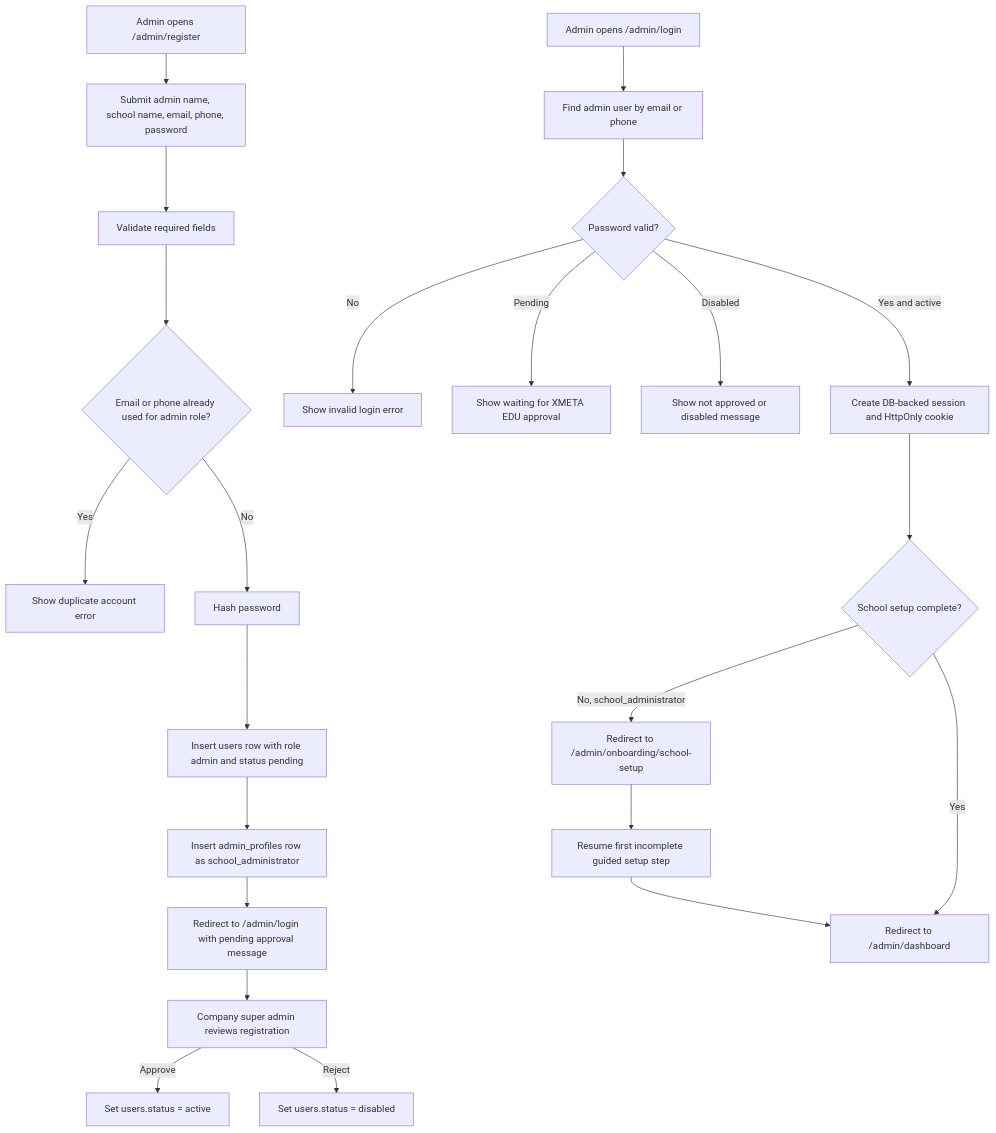
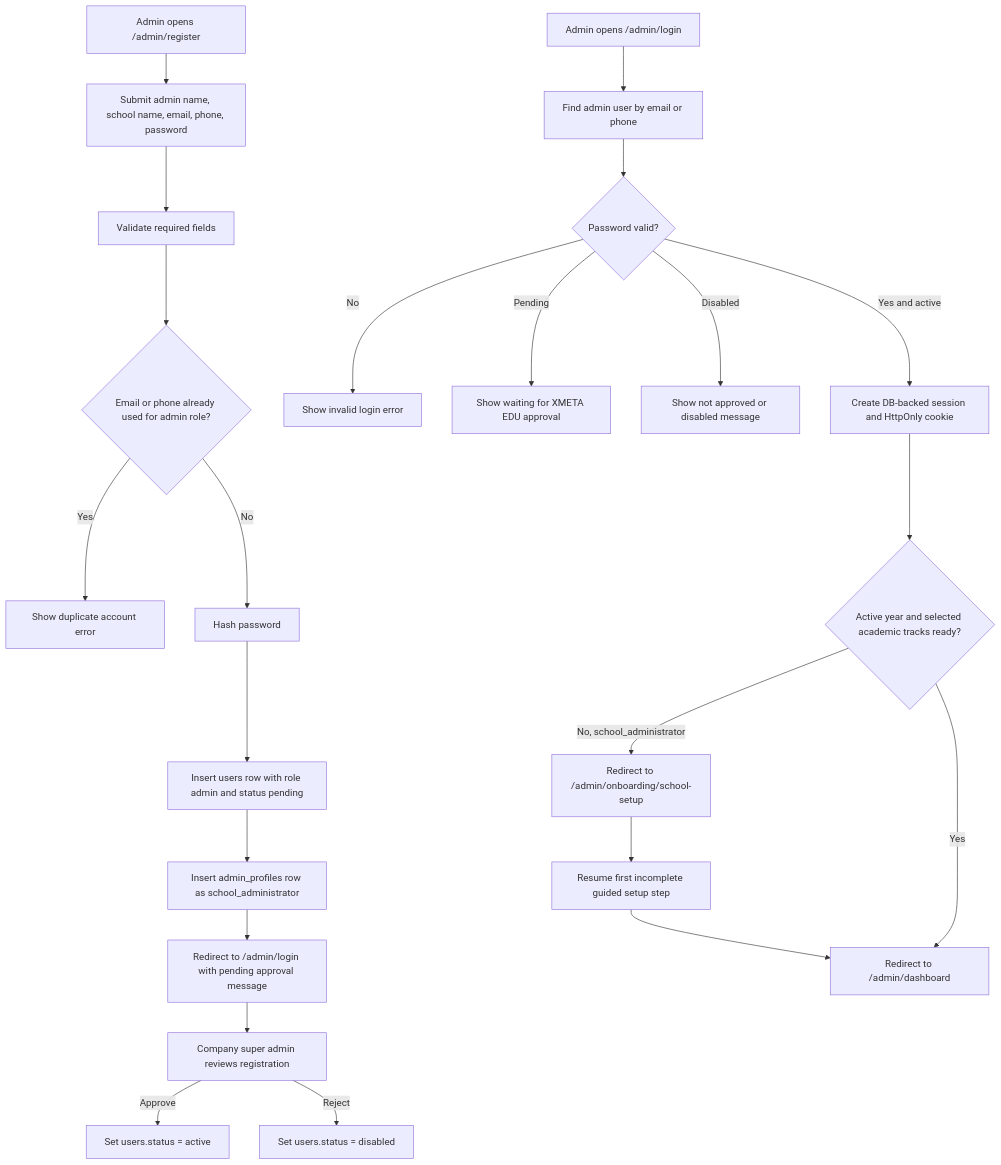
One commit to Xeyn19/xmetapay changed the fifth of 25 diagrams in docs/PROJECT_FLOWCHARTS.md. Above: the diagram before and after it, drawn with Mermaid. The commit also changed other lines of this file and 9 other files, not shown here.

````diff
--- a/docs/PROJECT_FLOWCHARTS.md
+++ b/docs/PROJECT_FLOWCHARTS.md
@@ -202,26 +202,26 @@
 ```mermaid
 flowchart TD
   A["Admin opens /admin/register"] --> B["Submit admin name, school name, email, phone, password"]
   B --> C["Validate required fields"]
   C --> D{"Email or phone already used for admin role?"}
   D -->|Yes| E["Show duplicate account error"]
   D -->|No| F["Hash password"]
   F --> G["Insert users row with role admin and status pending"]
   G --> H["Insert admin_profiles row as school_administrator"]
   H --> I["Redirect to /admin/login with pending approval message"]
   I --> J["Company super admin reviews registration"]
   J -->|Approve| K["Set users.status = active"]
   J -->|Reject| L["Set users.status = disabled"]
 
   M["Admin opens /admin/login"] --> N["Find admin user by email or phone"]
   N --> O{"Password valid?"}
   O -->|No| P["Show invalid login error"]
   O -->|Pending| P2["Show waiting for XMETA EDU approval"]
   O -->|Disabled| P3["Show not approved or disabled message"]
   O -->|Yes and active| Q["Create DB-backed session and HttpOnly cookie"]
-  Q --> R{"School setup complete?"}
+  Q --> R{"Active year and selected academic tracks ready?"}
   R -->|No, school_administrator| S["Redirect to /admin/onboarding/school-setup"]
   S --> T["Resume first incomplete guided setup step"]
   T --> U["Redirect to /admin/dashboard"]
   R -->|Yes| U
 ```
````
